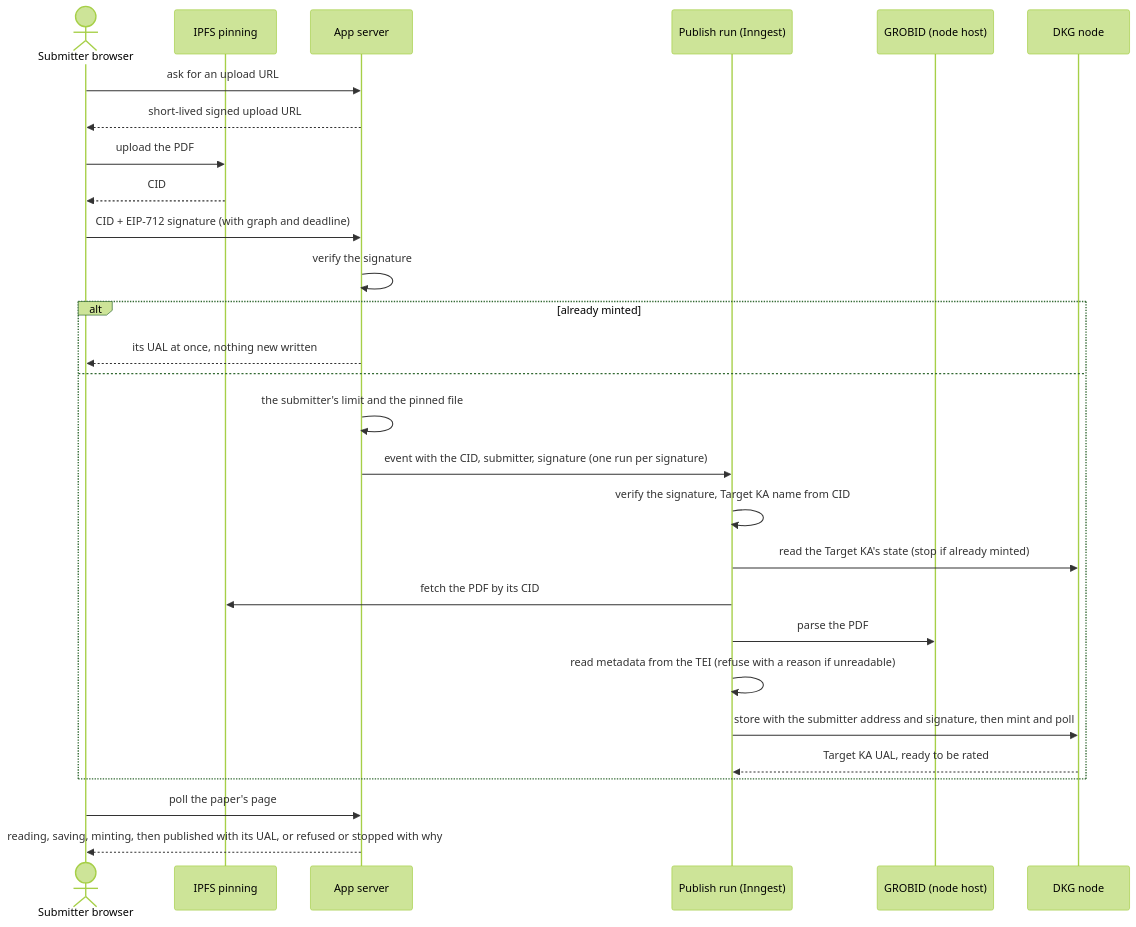
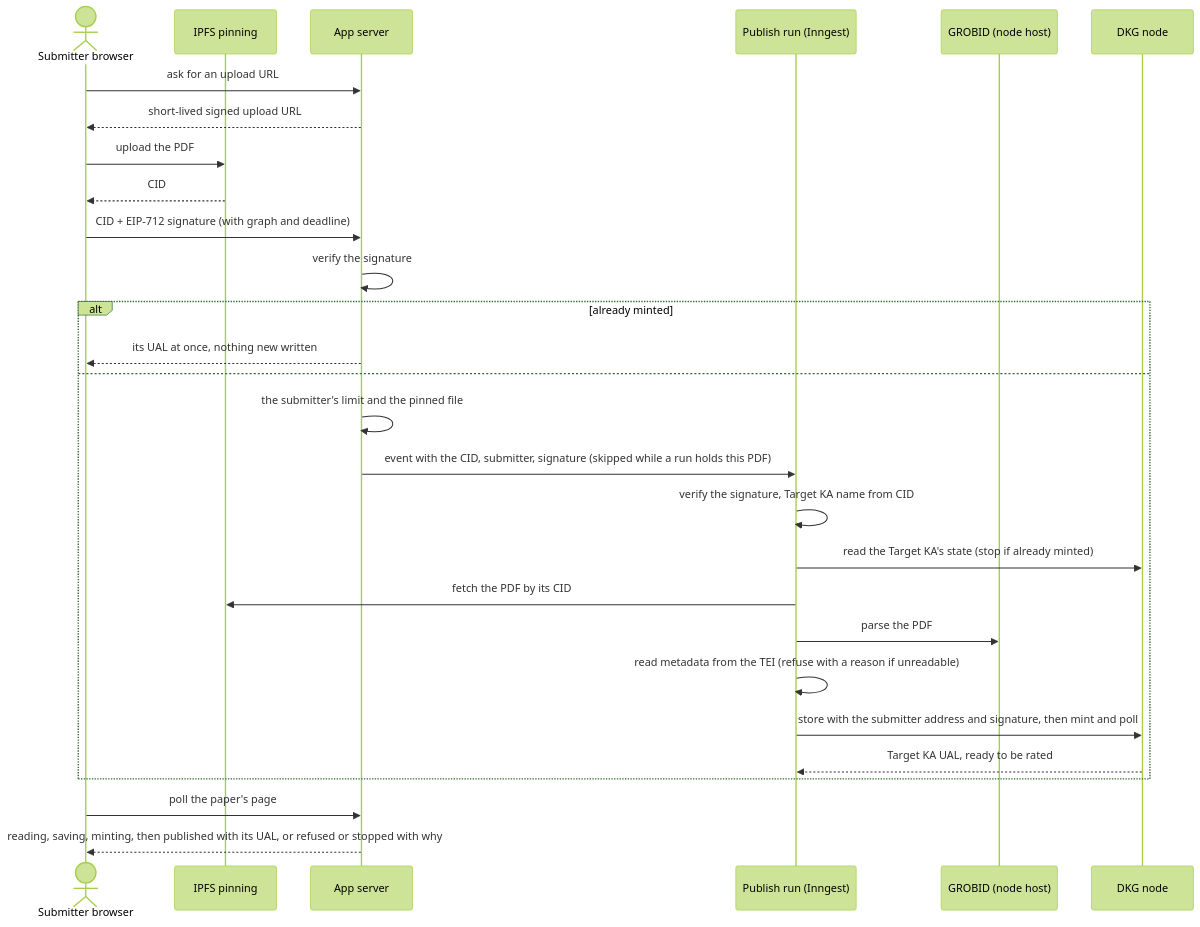
The second of 3 diagrams in README.md (SiegfriedBz/verisci), drawn with Mermaid (forest theme) before and after one commit. The commit also changed 12 other files, not shown here.

````diff
--- a/README.md
+++ b/README.md
@@ -98,30 +98,30 @@
 ```mermaid
 sequenceDiagram
   actor U as Submitter browser
   participant P as IPFS pinning
   participant A as App server
   participant R as Publish run (Inngest)
   participant G as GROBID (node host)
   participant N as DKG node
   U->>A: ask for an upload URL
   A-->>U: short-lived signed upload URL
   U->>P: upload the PDF
   P-->>U: CID
   U->>A: CID + EIP-712 signature (with graph and deadline)
   A->>A: verify the signature
   alt already minted
     A-->>U: its UAL at once, nothing new written
   else
     A->>A: the submitter's limit and the pinned file
-    A->>R: event with the CID, submitter, signature (one run per signature)
+    A->>R: event with the CID, submitter, signature (skipped while a run holds this PDF)
     R->>R: verify the signature, Target KA name from CID
     R->>N: read the Target KA's state (stop if already minted)
     R->>P: fetch the PDF by its CID
     R->>G: parse the PDF
     R->>R: read metadata from the TEI (refuse with a reason if unreadable)
     R->>N: store with the submitter address and signature, then mint and poll
     N-->>R: Target KA UAL, ready to be rated
   end
   U->>A: poll the paper's page
   A-->>U: reading, saving, minting, then published with its UAL, or refused or stopped with why
 ```
````
